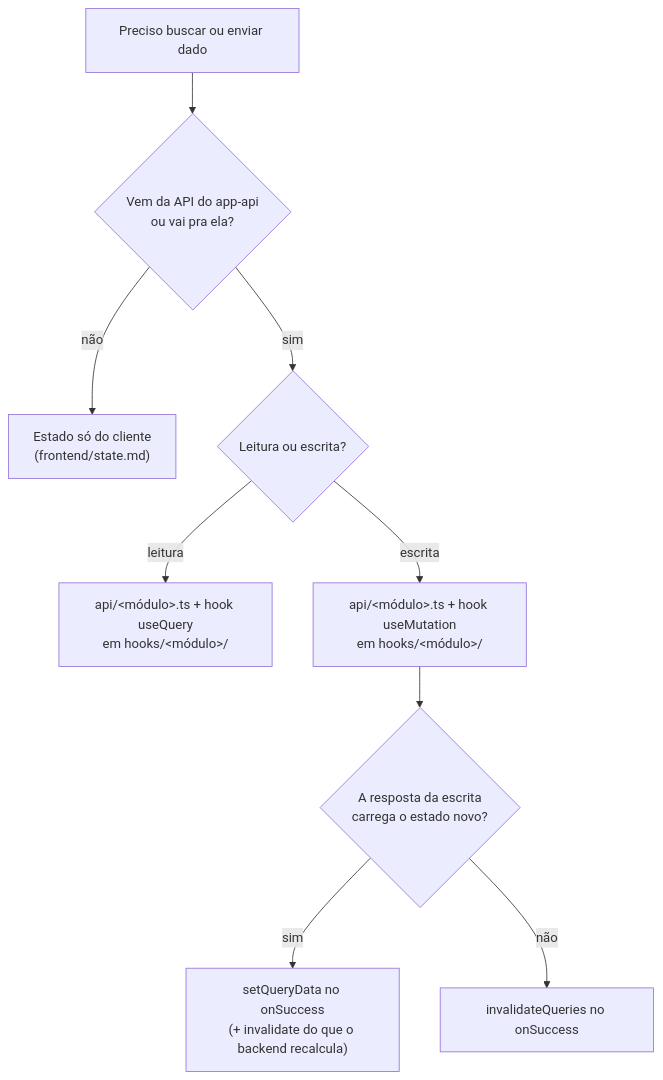
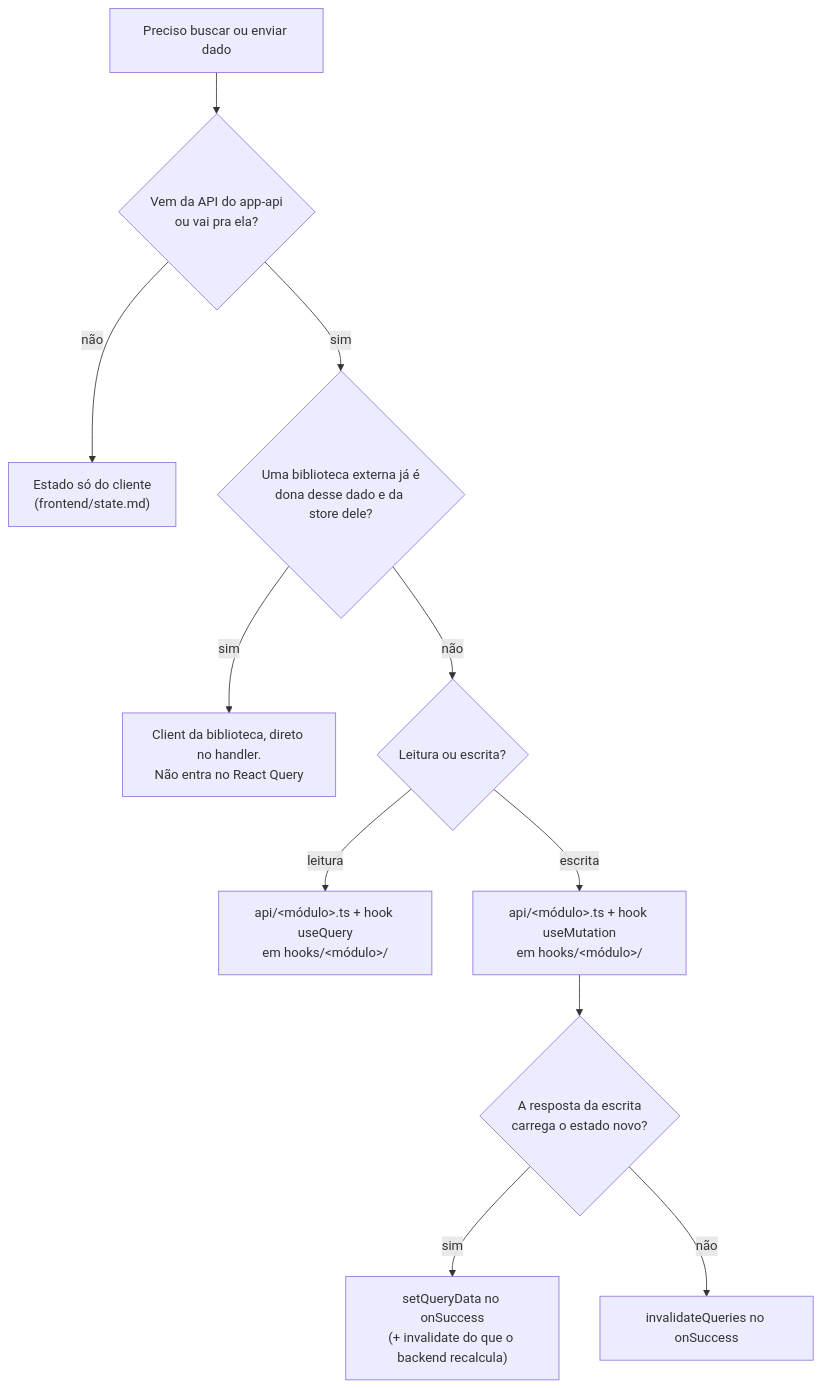
One commit to otonydesideri/metri changed the diagram in architecture/frontend/data-fetching.md. Above: the diagram before and after it, drawn with Mermaid. The commit also changed other lines of this file and 88 other files, not shown here.

````diff
--- a/architecture/frontend/data-fetching.md
+++ b/architecture/frontend/data-fetching.md
@@ -34,11 +34,13 @@
 ```mermaid
 flowchart TD
     start[Preciso buscar ou enviar dado] --> server{Vem da API do app-api<br/>ou vai pra ela?}
     server -- não --> clientstate["Estado só do cliente<br/>(frontend/state.md)"]
-    server -- sim --> rw{Leitura ou escrita?}
+    server -- sim --> lib{Uma biblioteca externa já é<br/>dona desse dado e da store dele?}
+    lib -- sim --> native["Client da biblioteca, direto no handler.<br/>Não entra no React Query"]
+    lib -- não --> rw{Leitura ou escrita?}
     rw -- leitura --> query["api/&lt;módulo&gt;.ts + hook useQuery<br/>em hooks/&lt;módulo&gt;/"]
     rw -- escrita --> mutation["api/&lt;módulo&gt;.ts + hook useMutation<br/>em hooks/&lt;módulo&gt;/"]
     mutation --> sync{A resposta da escrita<br/>carrega o estado novo?}
     sync -- sim --> update["setQueryData no onSuccess<br/>(+ invalidate do que o backend recalcula)"]
     sync -- não --> invalidate["invalidateQueries no onSuccess"]
 ```
````
